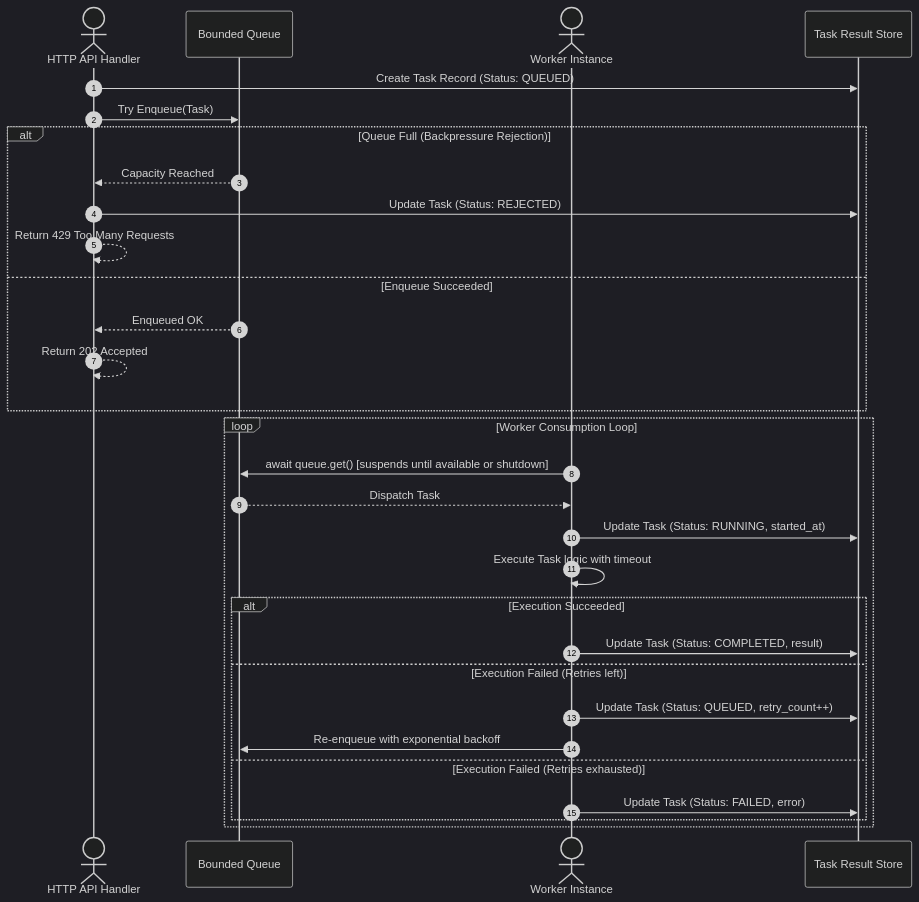
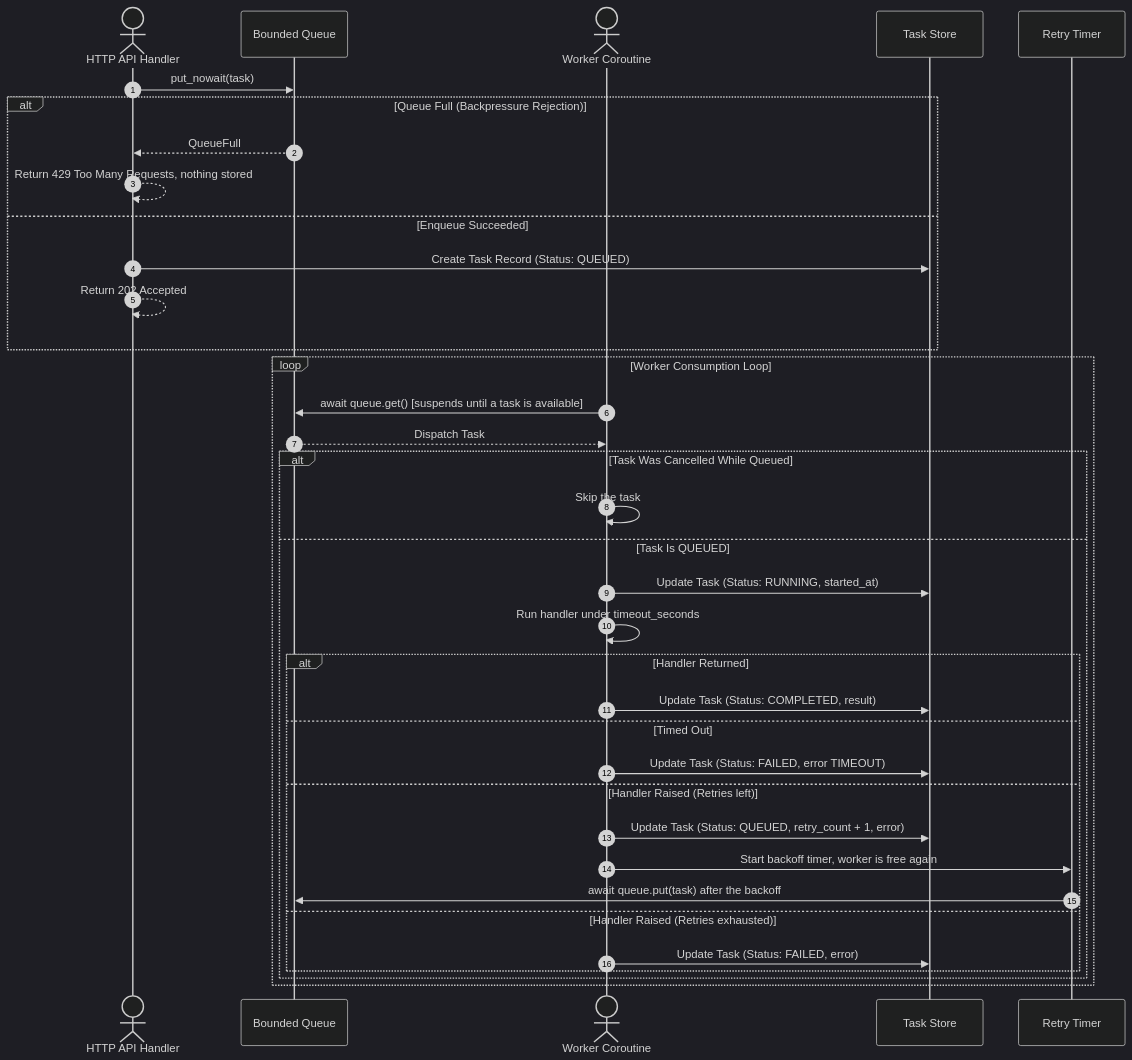
One commit to shanbhag1993/shridhar-do-interview changed the second of 4 diagrams in docs/design.md. Above: the diagram before and after it, drawn with Mermaid (dark theme). The commit also changed other lines of this file and 3 other files, not shown here.

````diff
--- a/docs/design.md
+++ b/docs/design.md
@@ -145,34 +243,40 @@
 ```mermaid
 sequenceDiagram
     autonumber
     actor Handler as HTTP API Handler
     participant Q as Bounded Queue
-    actor Worker as Worker Instance
-    participant Store as Task Result Store
+    actor Worker as Worker Coroutine
+    participant Store as Task Store
+    participant Timer as Retry Timer
 
-    Handler->>Store: Create Task Record (Status: QUEUED)
-    Handler->>Q: Try Enqueue(Task)
+    Handler->>Q: put_nowait(task)
     alt Queue Full (Backpressure Rejection)
-        Q-->>Handler: Capacity Reached
-        Handler->>Store: Update Task (Status: REJECTED)
-        Handler-->>Handler: Return 429 Too Many Requests
+        Q-->>Handler: QueueFull
+        Handler-->>Handler: Return 429 Too Many Requests, nothing stored
     else Enqueue Succeeded
-        Q-->>Handler: Enqueued OK
+        Handler->>Store: Create Task Record (Status: QUEUED)
         Handler-->>Handler: Return 202 Accepted
     end
 
     loop Worker Consumption Loop
-        Worker->>Q: await queue.get() [suspends until available or shutdown]
+        Worker->>Q: await queue.get() [suspends until a task is available]
         Q-->>Worker: Dispatch Task
-        Worker->>Store: Update Task (Status: RUNNING, started_at)
-        Worker->>Worker: Execute Task logic with timeout
-        alt Execution Succeeded
-            Worker->>Store: Update Task (Status: COMPLETED, result)
-        else Execution Failed (Retries left)
-            Worker->>Store: Update Task (Status: QUEUED, retry_count++)
-            Worker->>Q: Re-enqueue with exponential backoff
-        else Execution Failed (Retries exhausted)
-            Worker->>Store: Update Task (Status: FAILED, error)
+        alt Task Was Cancelled While Queued
+            Worker->>Worker: Skip the task
+        else Task Is QUEUED
+            Worker->>Store: Update Task (Status: RUNNING, started_at)
+            Worker->>Worker: Run handler under timeout_seconds
+            alt Handler Returned
+                Worker->>Store: Update Task (Status: COMPLETED, result)
+            else Timed Out
+                Worker->>Store: Update Task (Status: FAILED, error TIMEOUT)
+            else Handler Raised (Retries left)
+                Worker->>Store: Update Task (Status: QUEUED, retry_count + 1, error)
+                Worker->>Timer: Start backoff timer, worker is free again
+                Timer->>Q: await queue.put(task) after the backoff
+            else Handler Raised (Retries exhausted)
+                Worker->>Store: Update Task (Status: FAILED, error)
+            end
         end
     end
 ```
````
